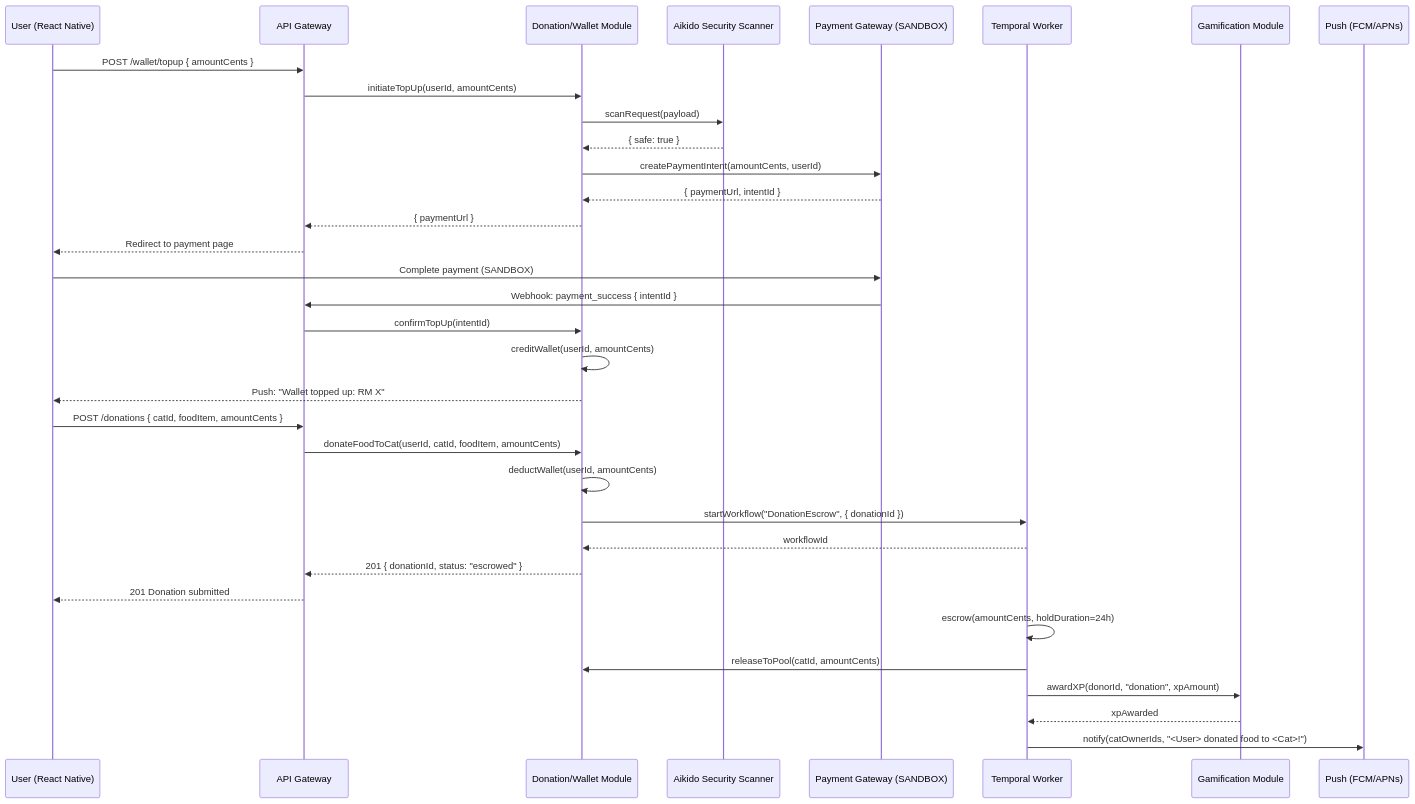
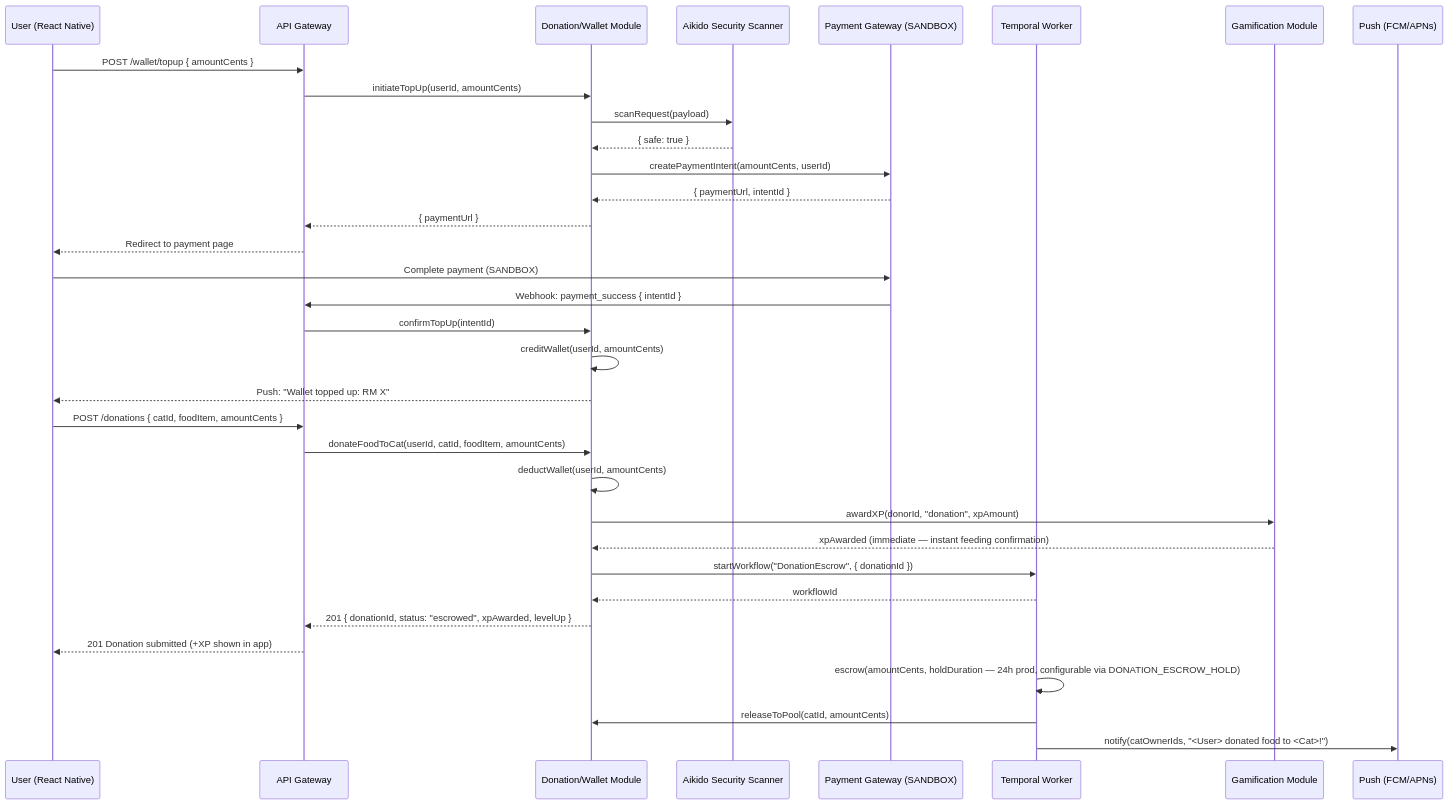
One commit to gotoyuriko/snapcat changed the fourth of 4 diagrams in .kiro/specs/stray-cat-care-app/design.md. Above: the diagram before and after it, drawn with Mermaid. The commit also changed other lines of this file and 15 other files, not shown here.

````diff
--- a/.kiro/specs/stray-cat-care-app/design.md
+++ b/.kiro/specs/stray-cat-care-app/design.md
@@ -664,40 +664,40 @@
 ```mermaid
 sequenceDiagram
     participant U as User (React Native)
     participant GW as API Gateway
     participant DON as Donation/Wallet Module
     participant AIKIDO as Aikido Security Scanner
     participant PAYMENT as Payment Gateway (SANDBOX)
     participant TW as Temporal Worker
     participant GAME as Gamification Module
     participant PUSH as Push (FCM/APNs)
 
     U->>GW: POST /wallet/topup { amountCents }
     GW->>DON: initiateTopUp(userId, amountCents)
     DON->>AIKIDO: scanRequest(payload)
     AIKIDO-->>DON: { safe: true }
     DON->>PAYMENT: createPaymentIntent(amountCents, userId)
     PAYMENT-->>DON: { paymentUrl, intentId }
     DON-->>GW: { paymentUrl }
     GW-->>U: Redirect to payment page
 
     U->>PAYMENT: Complete payment (SANDBOX)
     PAYMENT->>GW: Webhook: payment_success { intentId }
     GW->>DON: confirmTopUp(intentId)
     DON->>DON: creditWallet(userId, amountCents)
     DON-->>U: Push: "Wallet topped up: RM X"
 
     U->>GW: POST /donations { catId, foodItem, amountCents }
     GW->>DON: donateFoodToCat(userId, catId, foodItem, amountCents)
     DON->>DON: deductWallet(userId, amountCents)
+    DON->>GAME: awardXP(donorId, "donation", xpAmount)
+    GAME-->>DON: xpAwarded (immediate — instant feeding confirmation)
     DON->>TW: startWorkflow("DonationEscrow", { donationId })
     TW-->>DON: workflowId
-    DON-->>GW: 201 { donationId, status: "escrowed" }
-    GW-->>U: 201 Donation submitted
+    DON-->>GW: 201 { donationId, status: "escrowed", xpAwarded, levelUp }
+    GW-->>U: 201 Donation submitted (+XP shown in app)
 
-    TW->>TW: escrow(amountCents, holdDuration=24h)
+    TW->>TW: escrow(amountCents, holdDuration — 24h prod, configurable via DONATION_ESCROW_HOLD)
     TW->>DON: releaseToPool(catId, amountCents)
-    TW->>GAME: awardXP(donorId, "donation", xpAmount)
-    GAME-->>TW: xpAwarded
     TW->>PUSH: notify(catOwnerIds, "<User> donated food to <Cat>!")
 ```
````
